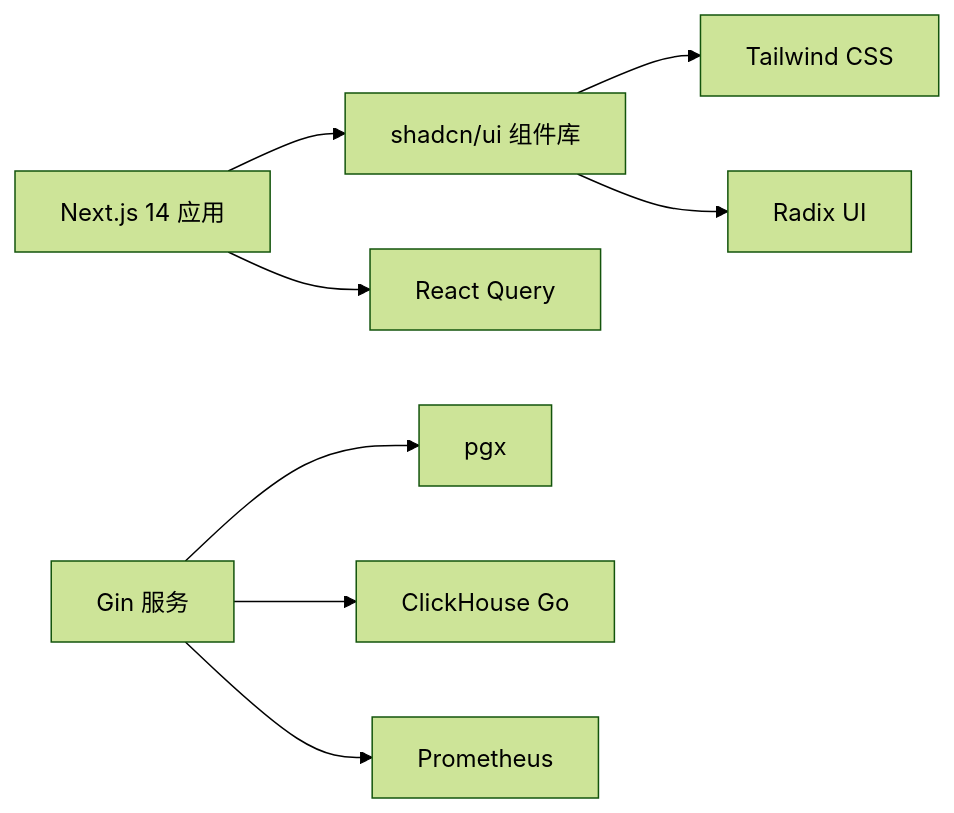
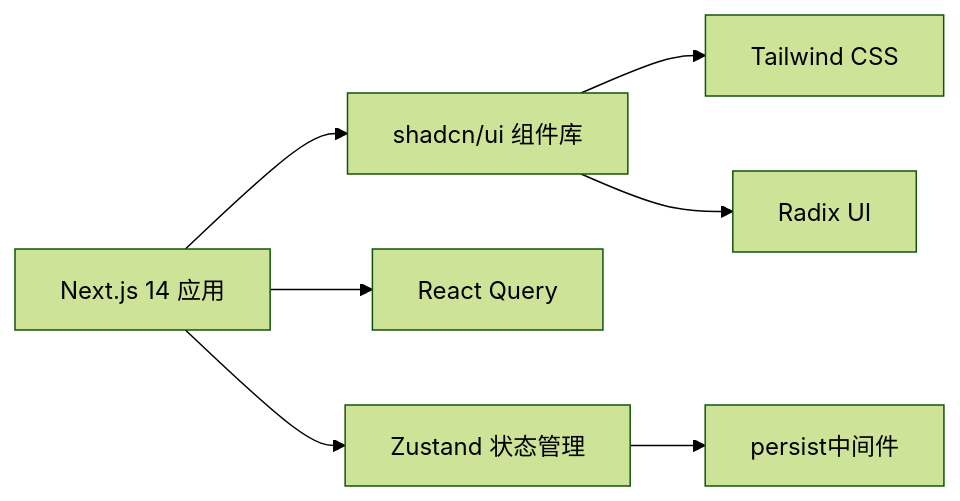
Diagram 11 of 11 in .qoder/repowiki/zh/content/Web控制台/Web控制台.md (zhen-zhong/AeroLog), drawn with Mermaid (forest theme) before and after one commit. The commit also changed other lines of this file and 72 other files, not shown here.

````diff
--- a/.qoder/repowiki/zh/content/Web控制台/Web控制台.md
+++ b/.qoder/repowiki/zh/content/Web控制台/Web控制台.md
@@ -564,19 +682,16 @@
 ```mermaid
 graph LR
 N["Next.js 14 应用"]
 SHAD["shadcn/ui 组件库"]
 TAIL["Tailwind CSS"]
 RADIX["Radix UI"]
 RQ["React Query"]
-GIN["Gin 服务"]
-PGX["pgx"]
-CHG["ClickHouse Go"]
-PROM["Prometheus"]
+ZUSTAND["Zustand 状态管理"]
+PERSIST["persist中间件"]
 N --> SHAD
 SHAD --> TAIL
 SHAD --> RADIX
 N --> RQ
-GIN --> PGX
-GIN --> CHG
-GIN --> PROM
+N --> ZUSTAND
+ZUSTAND --> PERSIST
 ```
````
